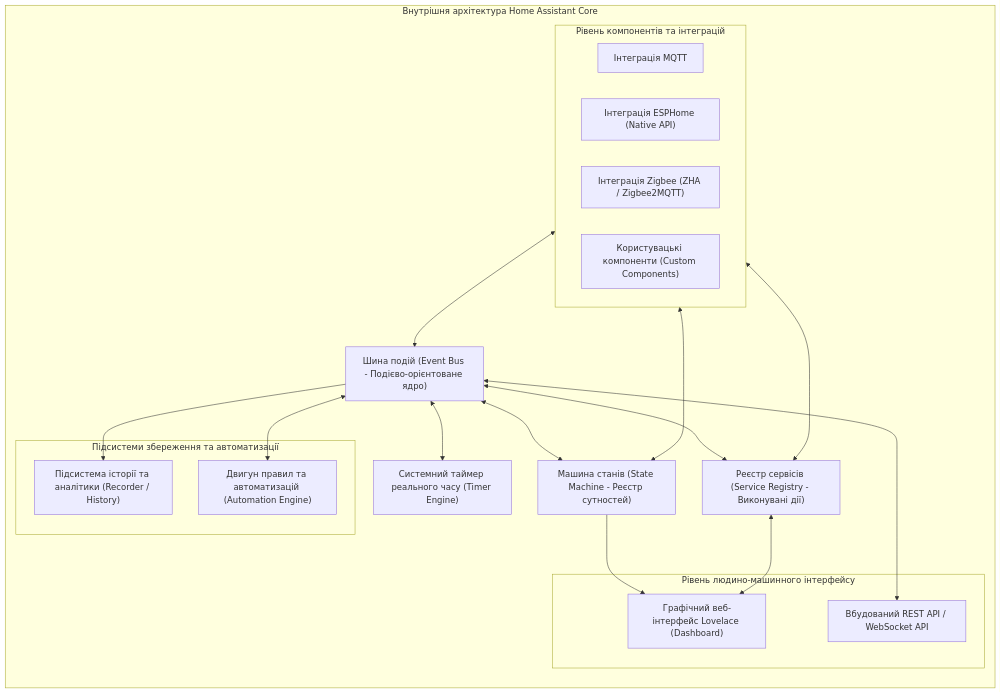
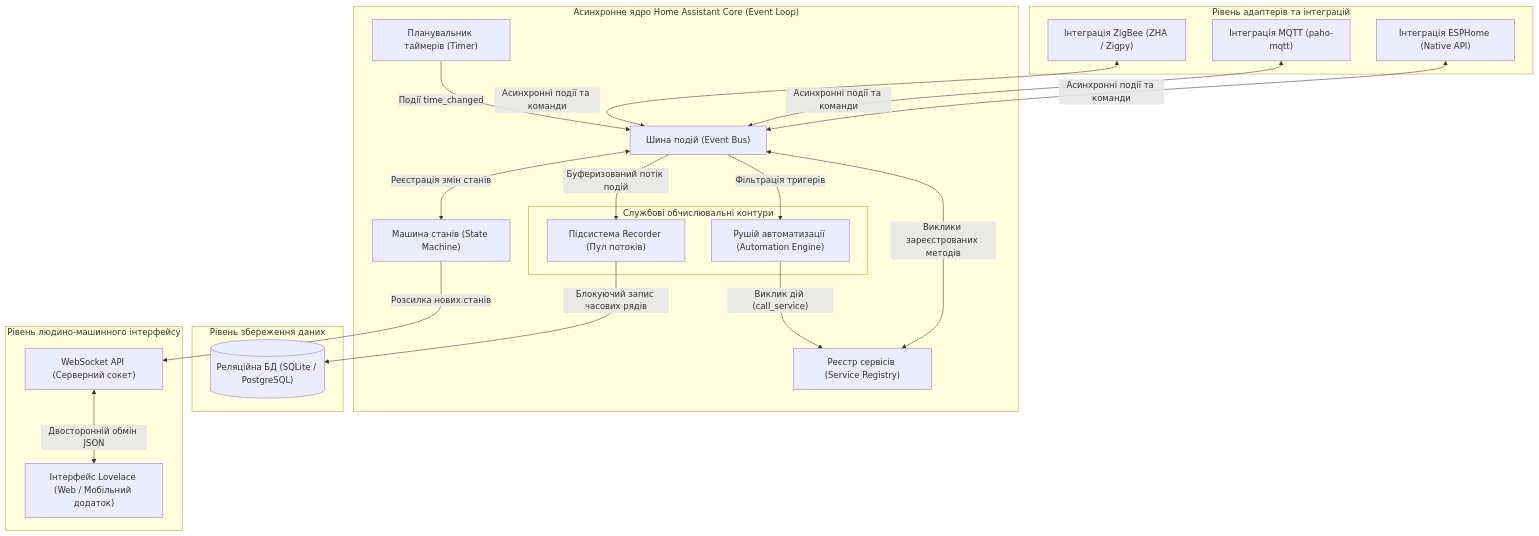
The second of 5 diagrams in docs/lk/lk11.md (KyryloVadurin/iot-technologies), drawn with Mermaid before and after one commit. The commit also changed other lines of this file, not shown here.

````diff
--- a/docs/lk/lk11.md
+++ b/docs/lk/lk11.md
@@ -82,42 +133,45 @@
 ```mermaid
 flowchart TD
-    subgraph HA_Core_Architecture["Внутрішня архітектура Home Assistant Core"]
-        direction TB
+    subgraph CoreEngine["Асинхронне ядро Home Assistant Core (Event Loop)"]
+        EventBus["Шина подій (Event Bus)"]
+        StateMachine["Машина станів (State Machine)"]
+        ServiceRegistry["Реєстр сервісів (Service Registry)"]
+        TimerEngine["Планувальник таймерів (Timer)"]
         
-        EventBus["Шина подій (Event Bus - Подієво-орієнтоване ядро)"]
-        StateEngine["Машина станів (State Machine - Реєстр сутностей)"]
-        ServiceReg["Реєстр сервісів (Service Registry - Виконувані дії)"]
-        Timer["Системний таймер реального часу (Timer Engine)"]
-        
-        subgraph CoreSubsystems["Підсистеми збереження та автоматизації"]
-            History["Підсистема історії та аналітики (Recorder / History)"]
-            AutomationEngine["Двигун правил та автоматизацій (Automation Engine)"]
-        end
-        
-        subgraph IntegrationLayer["Рівень компонентів та інтеграцій"]
-            MQTT_Comp["Інтеграція MQTT"]
-            ESPHome_Comp["Інтеграція ESPHome (Native API)"]
-            Zigbee_Comp["Інтеграція Zigbee (ZHA / Zigbee2MQTT)"]
-            Custom_Comp["Користувацькі компоненти (Custom Components)"]
-        end
-        
-        subgraph PresentationLayer["Рівень людино-машинного інтерфейсу"]
-            Lovelace["Графічний веб-інтерфейс Lovelace (Dashboard)"]
-            RestAPI["Вбудований REST API / WebSocket API"]
+        subgraph InternalProcessors["Службові обчислювальні контури"]
+            Automation["Рушій автоматизації (Automation Engine)"]
+            Recorder["Підсистема Recorder (Пул потоків)"]
         end
     end
 
-    EventBus <--> StateEngine
-    EventBus <--> ServiceReg
-    EventBus <--> Timer
-    EventBus --> History
-    EventBus <--> AutomationEngine
+    subgraph HardwareDrivers["Рівень адаптерів та інтеграцій"]
+        IntegrationESPHome["Інтеграція ESPHome (Native API)"]
+        IntegrationMQTT["Інтеграція MQTT (paho-mqtt)"]
+        IntegrationZigbee["Інтеграція ZigBee (ZHA / Zigpy)"]
+    end
+
+    subgraph StorageLayer["Рівень збереження даних"]
+        Database[("Реляційна БД (SQLite / PostgreSQL)")]
+    end
+
+    subgraph PresentationLayer["Рівень людино-машинного інтерфейсу"]
+        WebSocketAPI["WebSocket API (Серверний сокет)"]
+        UIPanel["Інтерфейс Lovelace (Web / Мобільний додаток)"]
+    end
+
+    %% Зв'язуємо безпосередньо вузли інтеграцій з EventBus
+    IntegrationESPHome & IntegrationMQTT & IntegrationZigbee <-->|"Асинхронні події та команди"| EventBus
+
+    EventBus <-->|"Реєстрація змін станів"| StateMachine
+    EventBus <-->|"Виклики зареєстрованих методів"| ServiceRegistry
+    TimerEngine -->|"Події time_changed"| EventBus
     
-    IntegrationLayer <--> EventBus
-    IntegrationLayer <--> StateEngine
-    IntegrationLayer <--> ServiceReg
+    EventBus -->|"Фільтрація тригерів"| Automation
+    Automation -->|"Виклик дій (call_service)"| ServiceRegistry
     
-    StateEngine --> Lovelace
-    ServiceReg <--> Lovelace
-    EventBus <--> RestAPI
+    EventBus -->|"Буферизований потік подій"| Recorder
+    Recorder -->|"Блокуючий запис часових рядів"| Database
+
+    StateMachine -->|"Розсилка нових станів"| WebSocketAPI
+    WebSocketAPI <-->|"Двосторонній обмін JSON"| UIPanel
 ```
````
